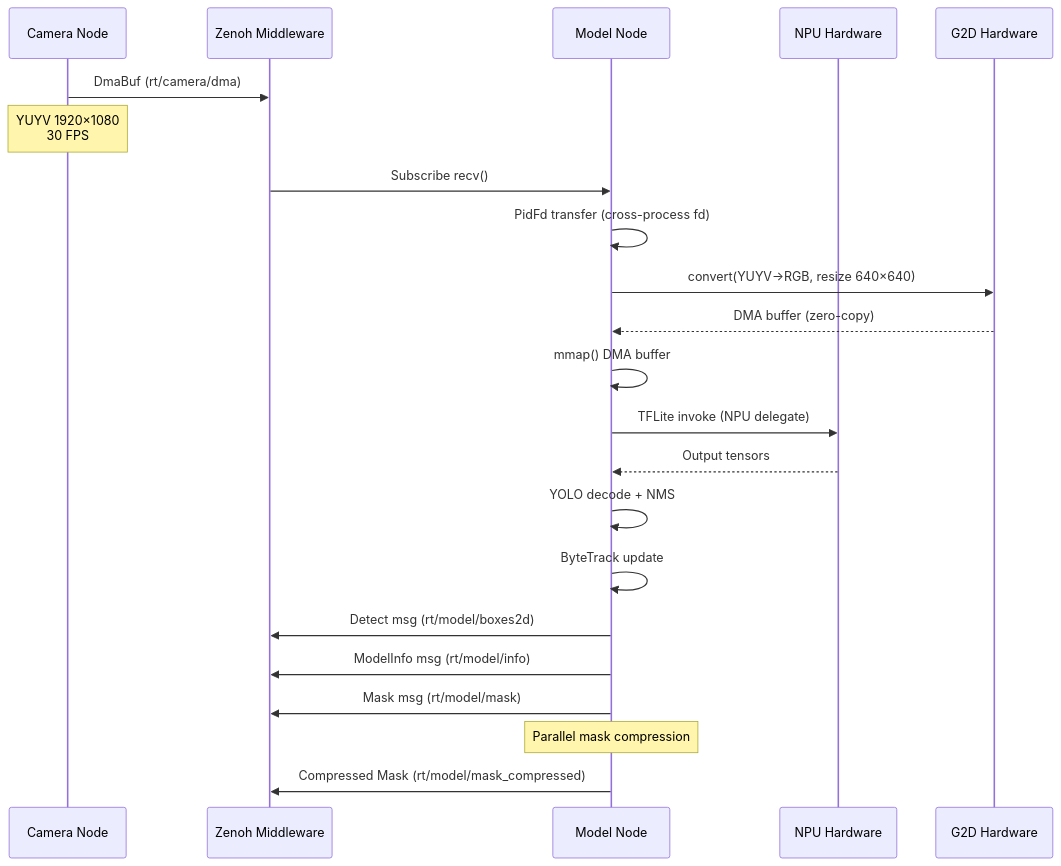
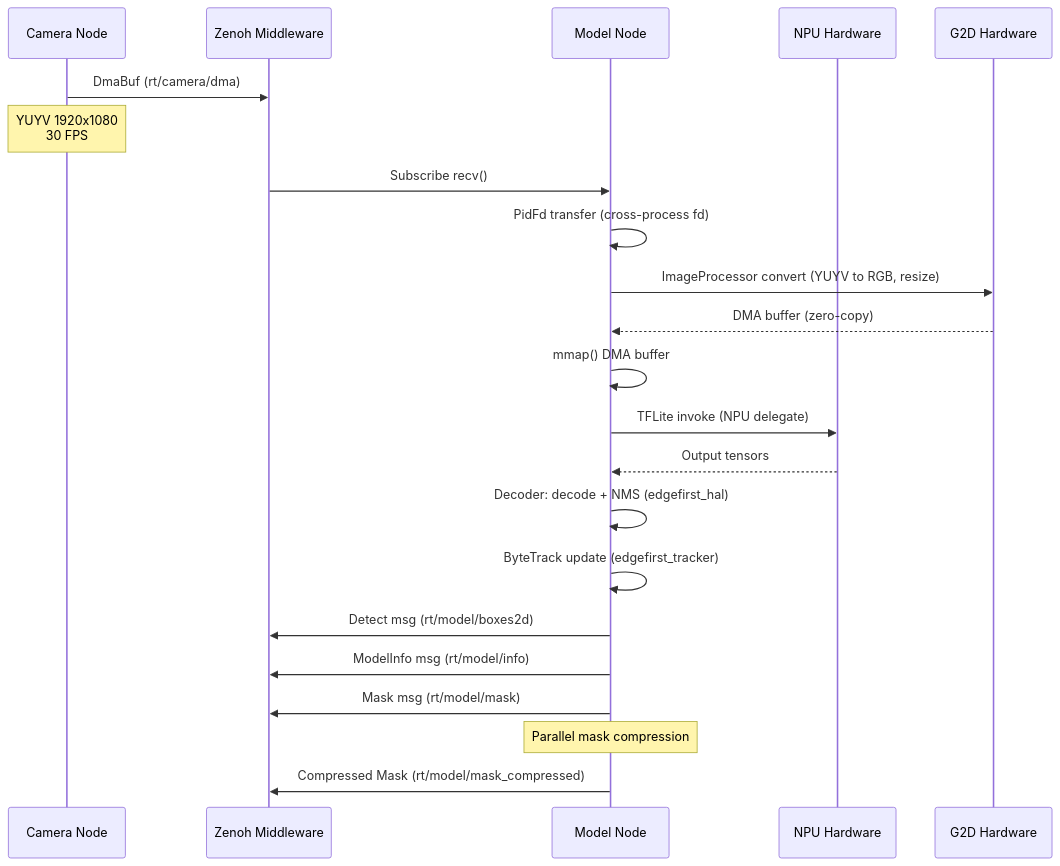
The second of 5 diagrams in ARCHITECTURE.md (EdgeFirstAI/model), drawn with Mermaid before and after one commit. The commit also changed other lines of this file and 16 other files, not shown here.

````diff
--- a/ARCHITECTURE.md
+++ b/ARCHITECTURE.md
@@ -438,31 +333,31 @@
 ```mermaid
 sequenceDiagram
     participant Camera as Camera Node
     participant Zenoh as Zenoh Middleware
     participant Model as Model Node
     participant NPU as NPU Hardware
     participant G2D as G2D Hardware
 
     Camera->>Zenoh: DmaBuf (rt/camera/dma)
-    Note over Camera: YUYV 1920×1080<br/>30 FPS
+    Note over Camera: YUYV 1920x1080<br/>30 FPS
 
     Zenoh->>Model: Subscribe recv()
     Model->>Model: PidFd transfer (cross-process fd)
 
-    Model->>G2D: convert(YUYV→RGB, resize 640×640)
+    Model->>G2D: ImageProcessor convert (YUYV to RGB, resize)
     G2D-->>Model: DMA buffer (zero-copy)
 
     Model->>Model: mmap() DMA buffer
     Model->>NPU: TFLite invoke (NPU delegate)
     NPU-->>Model: Output tensors
 
-    Model->>Model: YOLO decode + NMS
-    Model->>Model: ByteTrack update
+    Model->>Model: Decoder: decode + NMS (edgefirst_hal)
+    Model->>Model: ByteTrack update (edgefirst_tracker)
 
     Model->>Zenoh: Detect msg (rt/model/boxes2d)
     Model->>Zenoh: ModelInfo msg (rt/model/info)
     Model->>Zenoh: Mask msg (rt/model/mask)
 
     Note over Model: Parallel mask compression
     Model->>Zenoh: Compressed Mask (rt/model/mask_compressed)
 ```
````
